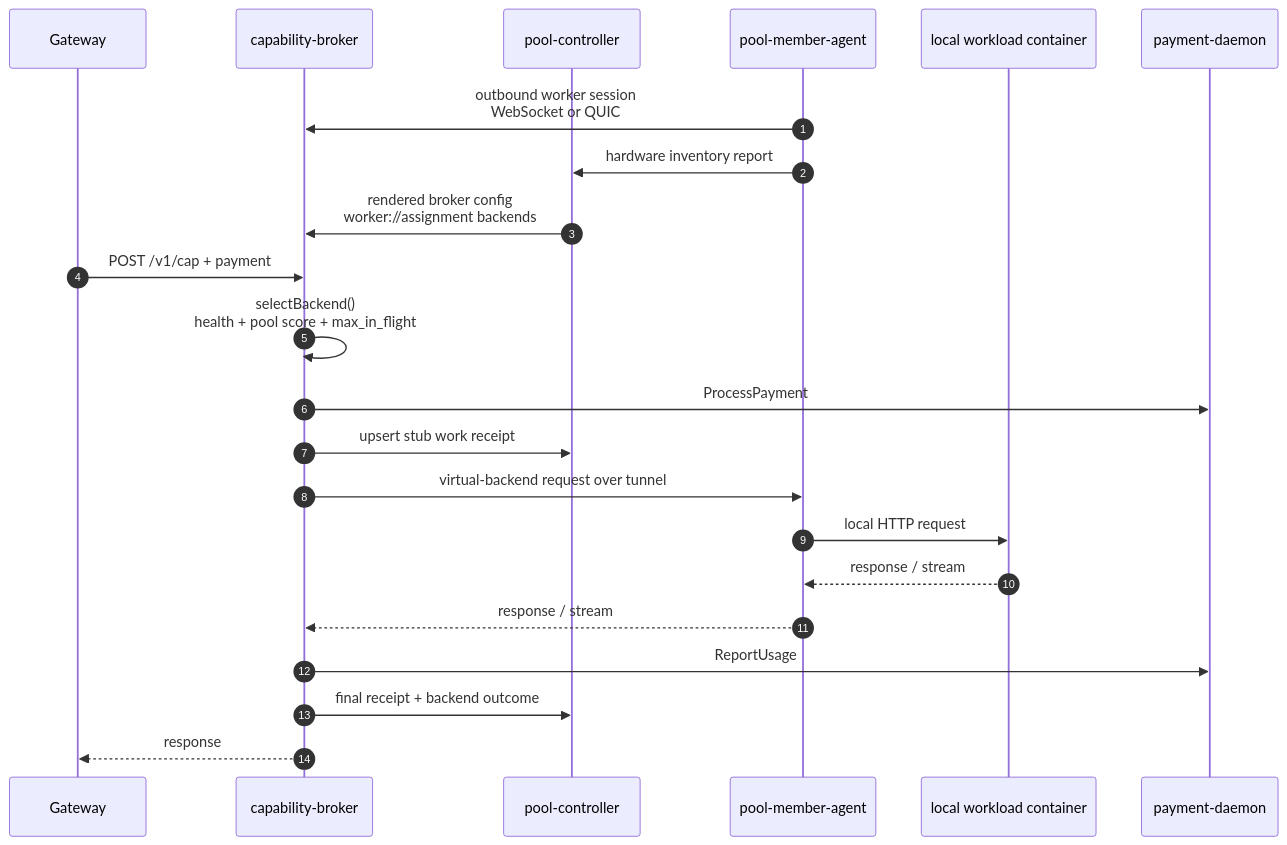
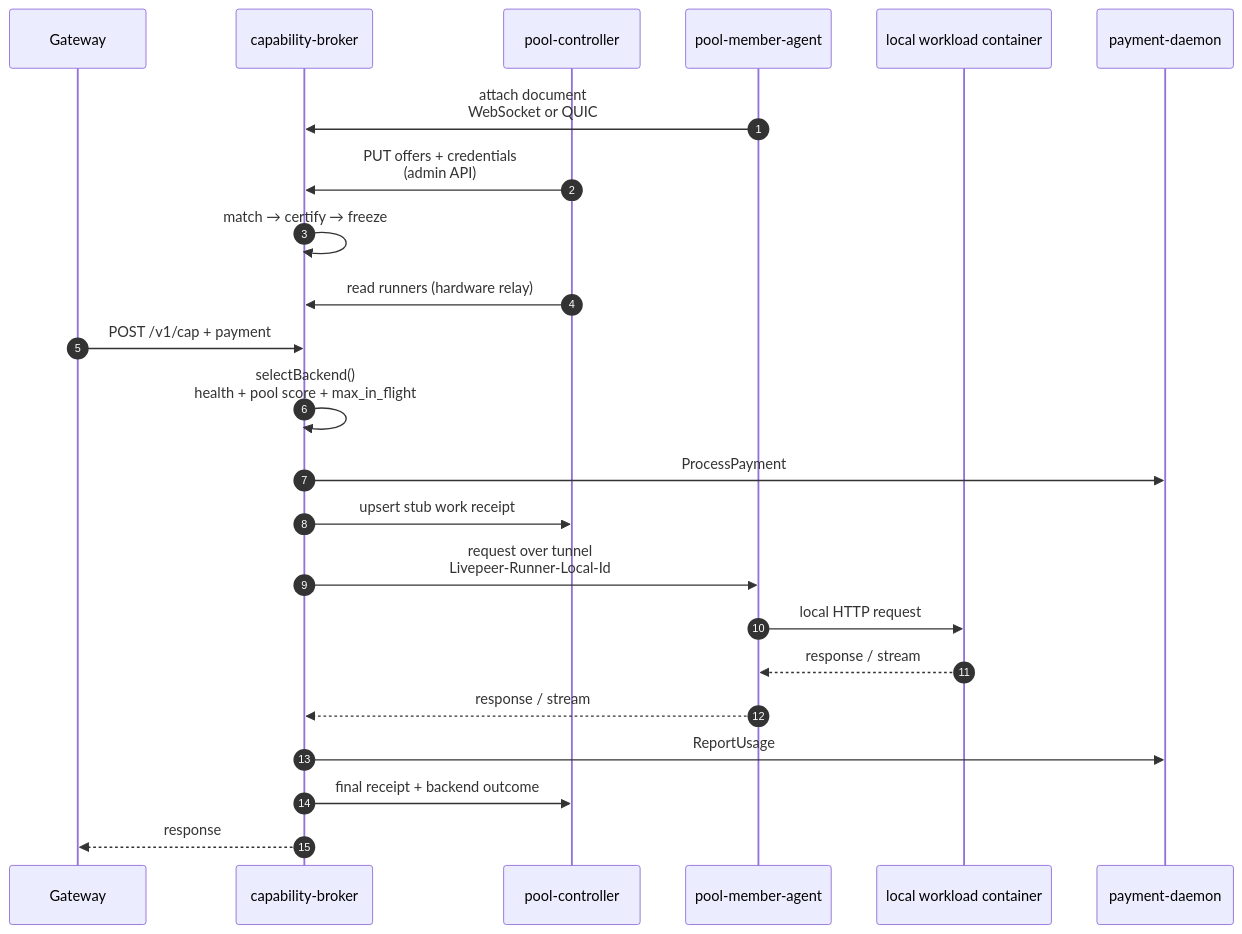
One commit to Cloud-SPE/livepeer-network-modules changed the diagram in docs/design-docs/pool-overlay-flows.md. Above: the diagram before and after it, drawn with Mermaid. The commit also changed other lines of this file and 8 other files, not shown here.

````diff
--- a/docs/design-docs/pool-overlay-flows.md
+++ b/docs/design-docs/pool-overlay-flows.md
@@ -40,26 +49,27 @@
 ```mermaid
 sequenceDiagram
     autonumber
     participant GW as Gateway
     participant CB as capability-broker
     participant PC as pool-controller
     participant Agent as pool-member-agent
     participant Runner as local workload container
     participant PD as payment-daemon
 
-    Agent->>CB: outbound worker session<br/>WebSocket or QUIC
-    Agent->>PC: hardware inventory report
-    PC->>CB: rendered broker config<br/>worker://assignment backends
+    Agent->>CB: attach document<br/>WebSocket or QUIC
+    PC->>CB: PUT offers + credentials<br/>(admin API)
+    CB->>CB: match → certify → freeze
+    PC->>CB: read runners (hardware relay)
 
     GW->>CB: POST /v1/cap + payment
     CB->>CB: selectBackend()<br/>health + pool score + max_in_flight
     CB->>PD: ProcessPayment
     CB->>PC: upsert stub work receipt
-    CB->>Agent: virtual-backend request over tunnel
+    CB->>Agent: request over tunnel<br/>Livepeer-Runner-Local-Id
     Agent->>Runner: local HTTP request
     Runner-->>Agent: response / stream
     Agent-->>CB: response / stream
     CB->>PD: ReportUsage
     CB->>PC: final receipt + backend outcome
     CB-->>GW: response
 ```
````
